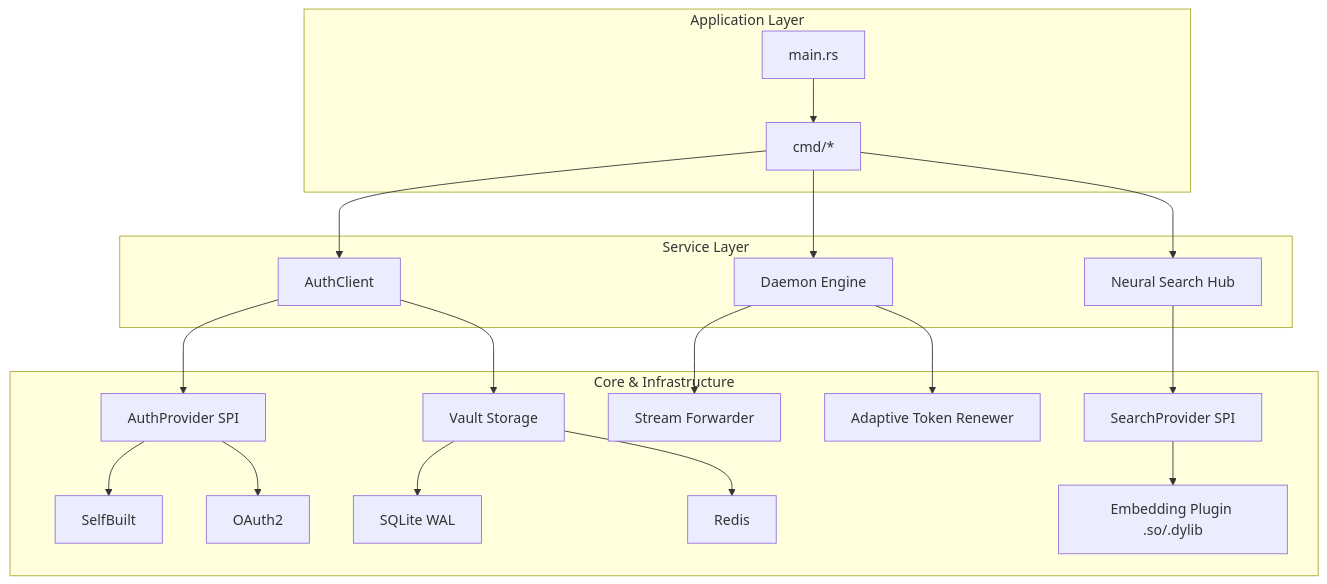
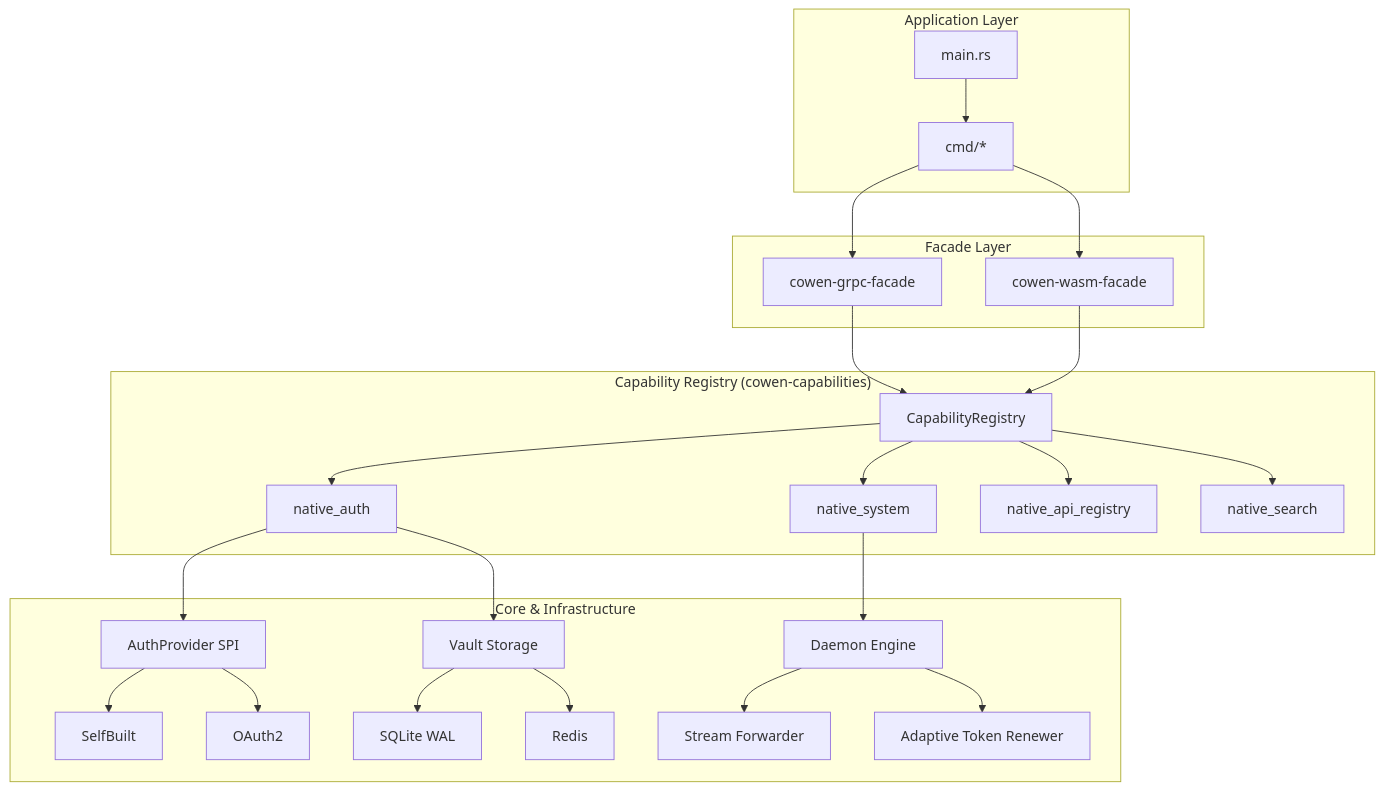
Before and after one commit to Chanjet/chanjet-openplatform-stream-java: the diagram in cli/cowen/docs/ARCHITECTURE.md, drawn with Mermaid. The commit also changed other lines of this file and 15 other files, not shown here.

````diff
--- a/cli/cowen/docs/ARCHITECTURE.md
+++ b/cli/cowen/docs/ARCHITECTURE.md
@@ -13,28 +13,34 @@
 ```mermaid
 graph TD
     subgraph "Application Layer"
         Main[main.rs] --> Cmd[cmd/*]
     end
 
-    subgraph "Service Layer"
-        Cmd --> AuthCli[AuthClient]
-        Cmd --> Daemon[Daemon Engine]
-        Cmd --> Search[Neural Search Hub]
+    subgraph "Facade Layer"
+        Cmd --> GrpcFacade[cowen-grpc-facade]
+        Cmd --> WasmFacade[cowen-wasm-facade]
+    end
+
+    subgraph "Capability Registry (cowen-capabilities)"
+        GrpcFacade --> CapRegistry[CapabilityRegistry]
+        WasmFacade --> CapRegistry
+        CapRegistry --> NativeAuth[native_auth]
+        CapRegistry --> NativeSystem[native_system]
+        CapRegistry --> NativeApi[native_api_registry]
+        CapRegistry --> NativeSearch[native_search]
     end
 
     subgraph "Core & Infrastructure"
-        AuthCli --> AuthSPI[AuthProvider SPI]
+        NativeAuth --> AuthSPI[AuthProvider SPI]
         AuthSPI --> SelfBuilt[SelfBuilt]
         AuthSPI --> OAuth2[OAuth2]
         
-        Search --> SearchSPI[SearchProvider SPI]
-        SearchSPI --> EmbedPlugin[Embedding Plugin .so/.dylib]
-        
-        AuthCli --> Vault[Vault Storage]
+        NativeAuth --> Vault[Vault Storage]
         Vault --> InnerDB[SQLite WAL]
         Vault --> Redis[Redis]
         
+        NativeSystem --> Daemon[Daemon Engine]
         Daemon --> Forwarder[Stream Forwarder]
         Daemon --> Renewer[Adaptive Token Renewer]
     end
 ```
````
